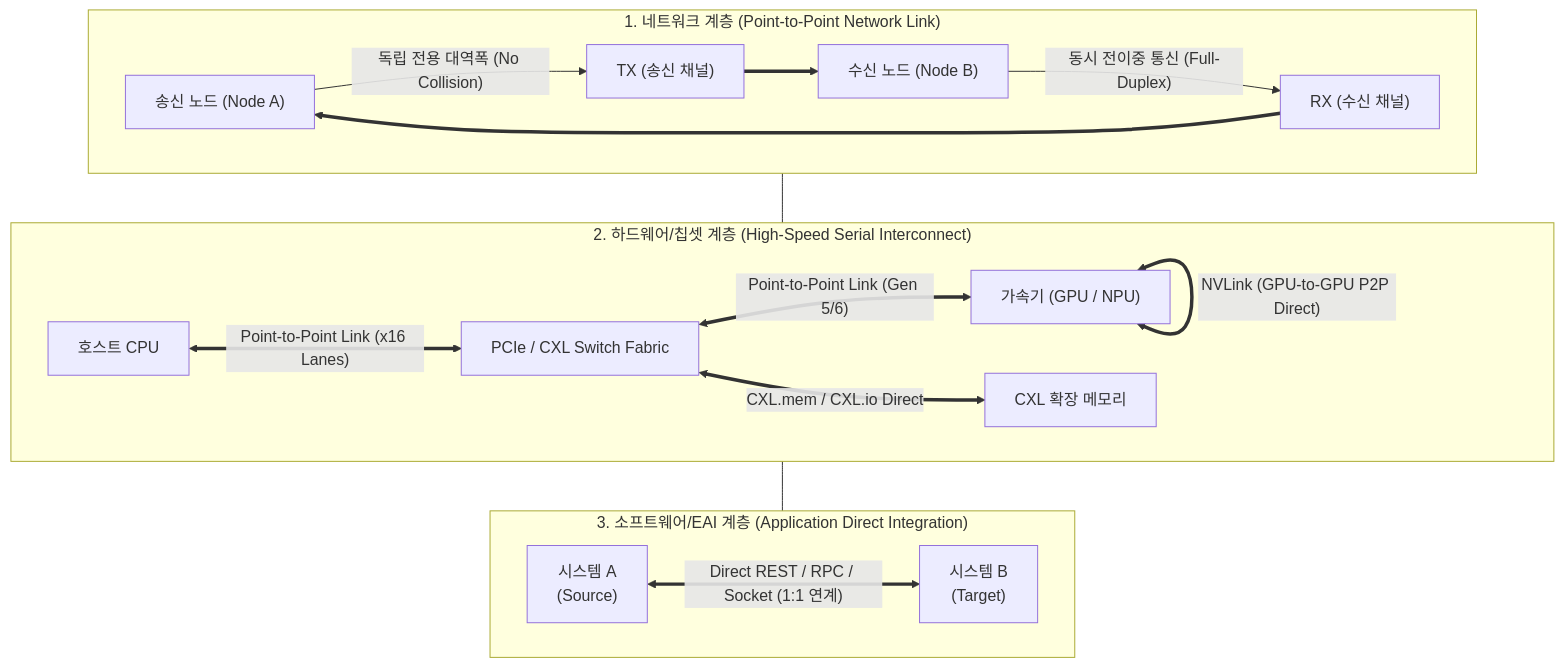
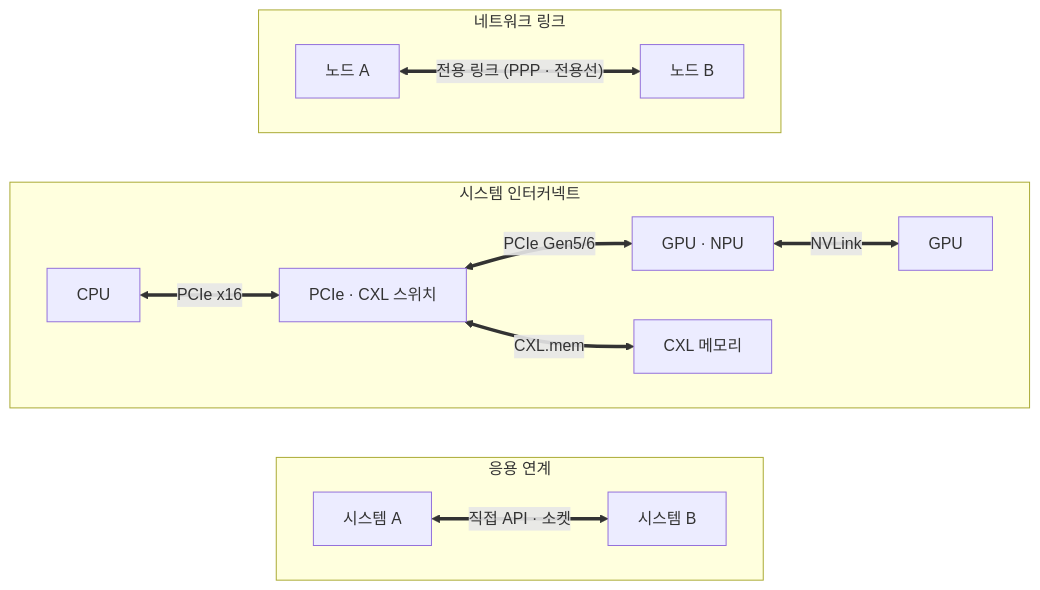
Before and after one commit to supremethumb/supremethumb.github.io: the diagram in content/01_IT Tech/Point-to-Point.md, drawn with Mermaid. The commit also changed other lines of this file and 1087 other files, not shown here.

````diff
--- a/content/01_IT Tech/Point-to-Point.md
+++ b/content/01_IT Tech/Point-to-Point.md
@@ -19,36 +36,19 @@
 ```mermaid
 flowchart TB
-    subgraph P2P_NET["1. 네트워크 계층 (Point-to-Point Network Link)"]
+    subgraph NET["네트워크 링크"]
         direction LR
-        NODE_A["송신 노드 (Node A)"]
-        TX["TX (송신 채널)"]
-        RX["RX (수신 채널)"]
-        NODE_B["수신 노드 (Node B)"]
-        
-        NODE_A -->|"독립 전용 대역폭 (No Collision)"| TX
-        TX ==> NODE_B
-        NODE_B -->|"동시 전이중 통신 (Full-Duplex)"| RX
-        RX ==> NODE_A
+        A["노드 A"] <== "전용 링크 (PPP · 전용선)" ==> B["노드 B"]
     end
-
-    subgraph P2P_HW["2. 하드웨어/칩셋 계층 (High-Speed Serial Interconnect)"]
+    subgraph HW["시스템 인터커넥트"]
         direction LR
-        HOST_CPU["호스트 CPU"]
-        PCIE_SWITCH["PCIe / CXL Switch Fabric"]
-        ACC_GPU["가속기 (GPU / NPU)"]
-        MEM_DEV["CXL 확장 메모리"]
-
-        HOST_CPU <== "Point-to-Point Link (x16 Lanes)" ==> PCIE_SWITCH
-        PCIE_SWITCH <== "Point-to-Point Link (Gen 5/6)" ==> ACC_GPU
-        PCIE_SWITCH <== "CXL.mem / CXL.io Direct" ==> MEM_DEV
-        ACC_GPU <== "NVLink (GPU-to-GPU P2P Direct)" ==> ACC_GPU
+        CPU["CPU"] <== "PCIe x16" ==> PSW["PCIe · CXL 스위치"]
+        PSW <== "PCIe Gen5/6" ==> GPU["GPU · NPU"]
+        PSW <== "CXL.mem" ==> MEM["CXL 메모리"]
+        GPU <== "NVLink" ==> GPU2["GPU"]
     end
-
-    subgraph P2P_SW["3. 소프트웨어/EAI 계층 (Application Direct Integration)"]
+    subgraph SW["응용 연계"]
         direction LR
-        SYS_A["시스템 A<br/>(Source)"] <== "Direct REST / RPC / Socket (1:1 연계)" ==> SYS_B["시스템 B<br/>(Target)"]
+        SA["시스템 A"] <== "직접 API · 소켓" ==> SB["시스템 B"]
     end
-
-    P2P_NET --- P2P_HW
-    P2P_HW --- P2P_SW
+    NET ~~~ HW ~~~ SW
 ```
````
